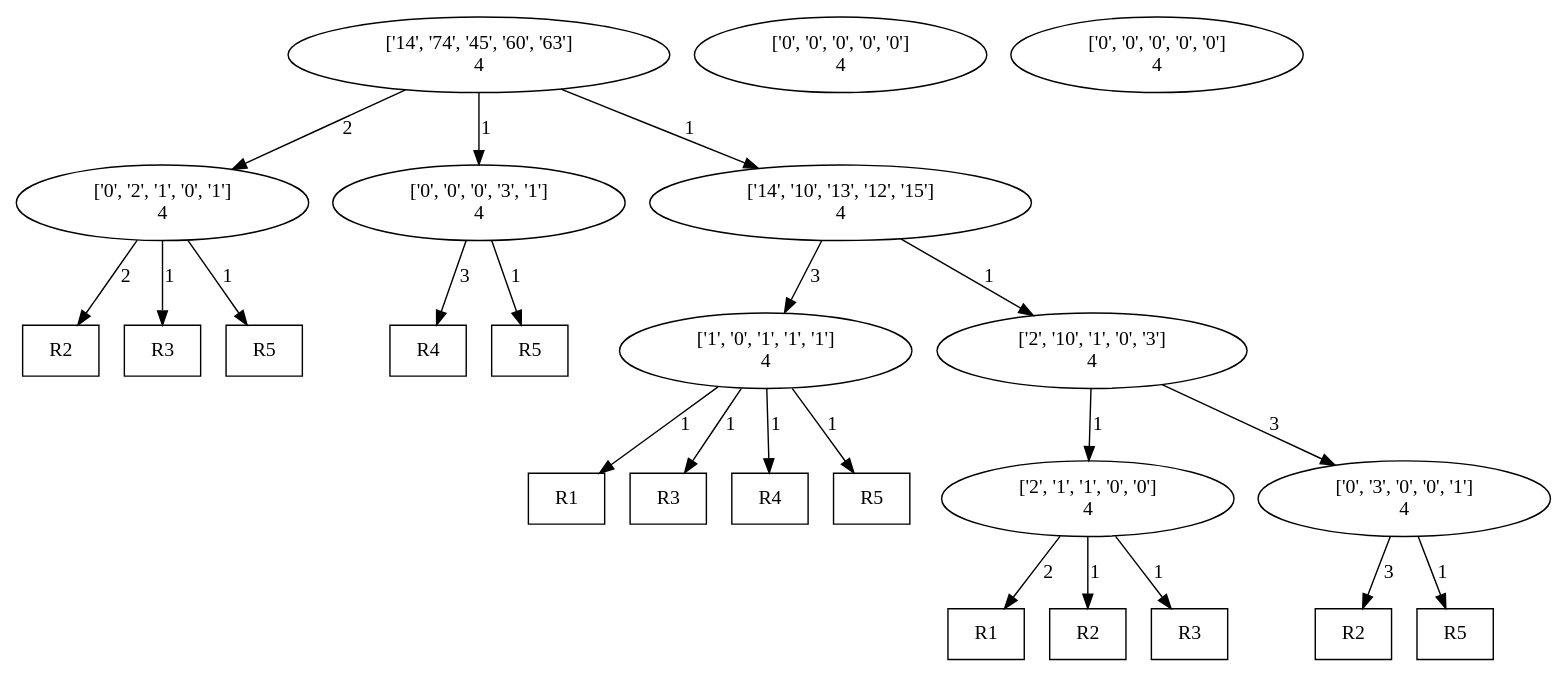
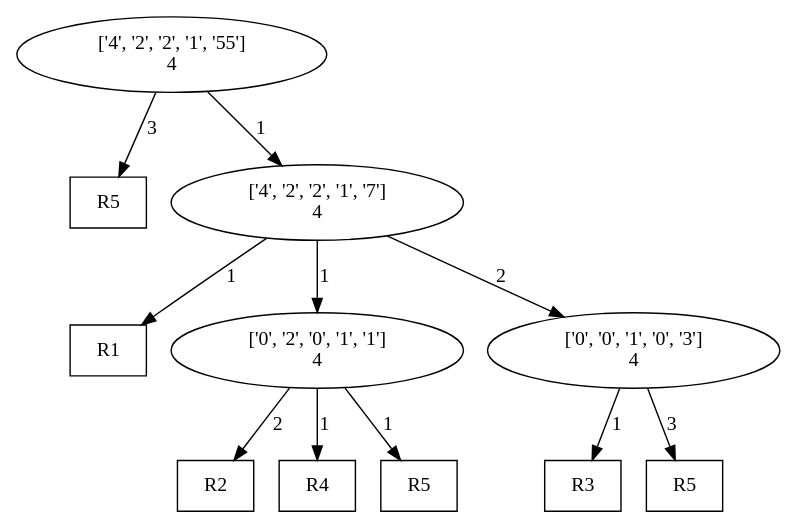
One commit to AbhikKhan/ApproximatedSAT changed the diagram in PossibleRatios/skeletonTreeAfterAnnotation.dot. Above: the diagram before and after it, drawn with Graphviz. The commit also changed 802 other files, not shown here.

```diff
--- a/PossibleRatios/skeletonTreeAfterAnnotation.dot
+++ b/PossibleRatios/skeletonTreeAfterAnnotation.dot
@@ -1,34 +1,17 @@
 digraph "DD" { 
 graph [ ordering = "out"];
-1 [label = "['14', '74', '45', '60', '63']\n4"];
-2 [label = "['0', '2', '1', '0', '1']\n4"];
-5000 [shape="box",label = "R2"];
-2 -> 5000[label =2];5001 [shape="box",label = "R3"];
-2 -> 5001[label =1];5002 [shape="box",label = "R5"];
-2 -> 5002[label =1];3 [label = "['0', '0', '0', '3', '1']\n4"];
-5003 [shape="box",label = "R4"];
-3 -> 5003[label =3];5004 [shape="box",label = "R5"];
-3 -> 5004[label =1];4 [label = "['14', '10', '13', '12', '15']\n4"];
-5 [label = "['1', '0', '1', '1', '1']\n4"];
-5005 [shape="box",label = "R1"];
-5 -> 5005[label =1];5006 [shape="box",label = "R3"];
-5 -> 5006[label =1];5007 [shape="box",label = "R4"];
-5 -> 5007[label =1];5008 [shape="box",label = "R5"];
-5 -> 5008[label =1];6 [label = "['0', '0', '0', '0', '0']\n4"];
-7 [label = "['0', '0', '0', '0', '0']\n4"];
-8 [label = "['2', '10', '1', '0', '3']\n4"];
-9 [label = "['2', '1', '1', '0', '0']\n4"];
-5009 [shape="box",label = "R1"];
-9 -> 5009[label =2];5010 [shape="box",label = "R2"];
-9 -> 5010[label =1];5011 [shape="box",label = "R3"];
-9 -> 5011[label =1];10 [label = "['0', '3', '0', '0', '1']\n4"];
-5012 [shape="box",label = "R2"];
-10 -> 5012[label =3];5013 [shape="box",label = "R5"];
-10 -> 5013[label =1];1 -> 2[label = 2];
-1 -> 3[label = 1];
-1 -> 4[label = 1];
-4 -> 5[label = 3];
-4 -> 8[label = 1];
-8 -> 9[label = 1];
-8 -> 10[label = 3];
+1 [label = "['4', '2', '2', '1', '55']\n4"];
+5000 [shape="box",label = "R5"];
+1 -> 5000[label =3];2 [label = "['4', '2', '2', '1', '7']\n4"];
+5001 [shape="box",label = "R1"];
+2 -> 5001[label =1];3 [label = "['0', '2', '0', '1', '1']\n4"];
+5002 [shape="box",label = "R2"];
+3 -> 5002[label =2];5003 [shape="box",label = "R4"];
+3 -> 5003[label =1];5004 [shape="box",label = "R5"];
+3 -> 5004[label =1];4 [label = "['0', '0', '1', '0', '3']\n4"];
+5005 [shape="box",label = "R3"];
+4 -> 5005[label =1];5006 [shape="box",label = "R5"];
+4 -> 5006[label =3];1 -> 2[label = 1];
+2 -> 3[label = 1];
+2 -> 4[label = 2];
 }
```
